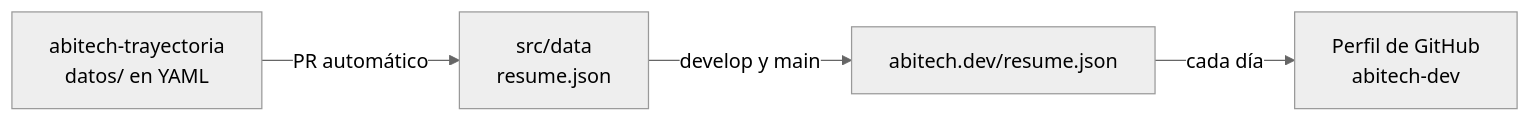
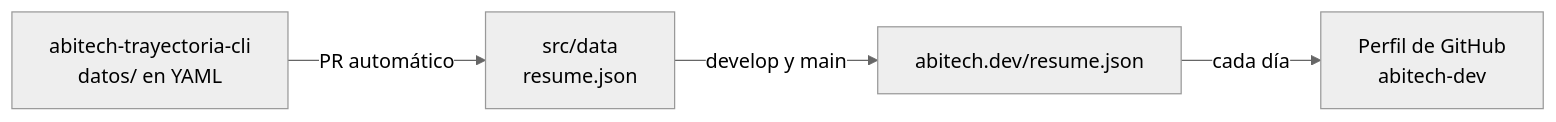
Before and after one commit to abitech-dev/abitech-portafolio-web: the first of 2 diagrams in README.md, drawn with Mermaid (neutral theme). The commit also changed other lines of this file, not shown here.

Commit message:
docs(readme): nombrar abitech-trayectoria-cli

````diff
--- a/README.md
+++ b/README.md
@@ -108,6 +108,6 @@
 ```mermaid
 flowchart LR
-  A["abitech-trayectoria<br>datos/ en YAML"] -- "PR automático" --> B["src/data<br>resume.json"]
+  A["abitech-trayectoria-cli<br>datos/ en YAML"] -- "PR automático" --> B["src/data<br>resume.json"]
   B -- "develop y main" --> C["abitech.dev/resume.json"]
   C -- "cada día" --> D["Perfil de GitHub<br>abitech-dev"]
 ```
````
